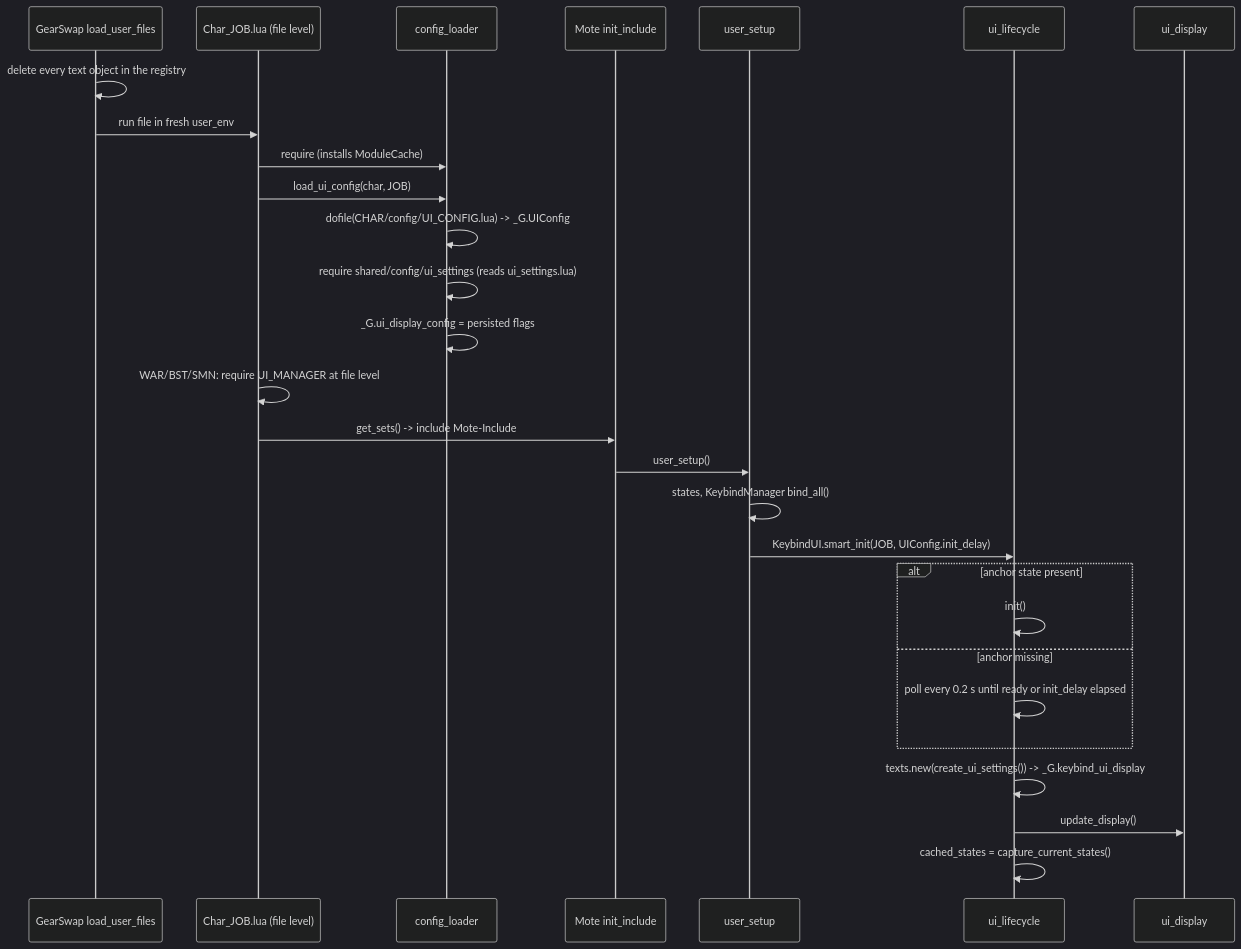
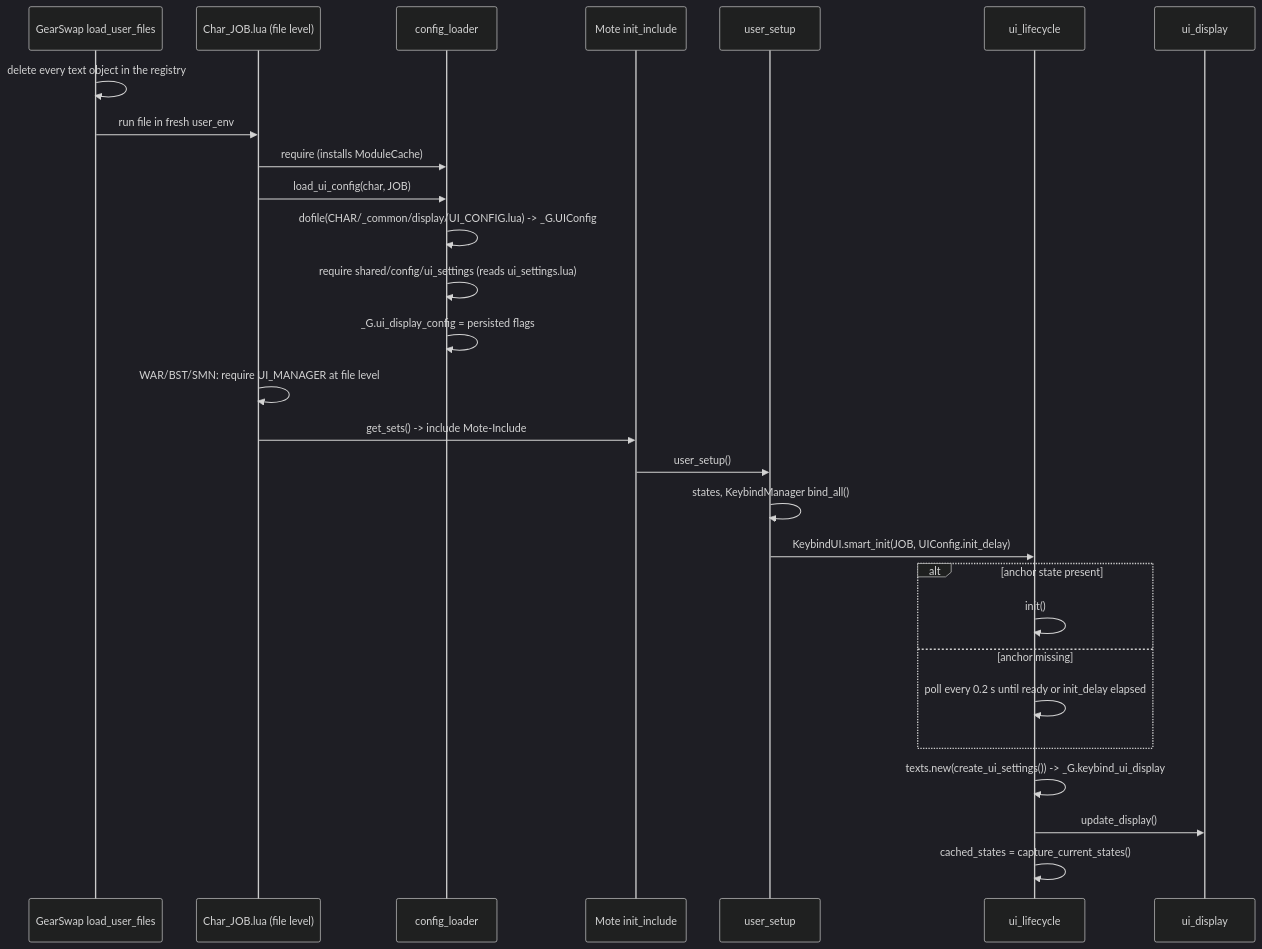
One commit to ejouanchicot/Gearswap changed the first of 5 diagrams in docs/dev/systems/ui-overlay.md. Above: the diagram before and after it, drawn with Mermaid (dark theme). The commit also changed other lines of this file and 83 other files, not shown here.

````diff
--- a/docs/dev/systems/ui-overlay.md
+++ b/docs/dev/systems/ui-overlay.md
@@ -67,30 +67,30 @@
 ```mermaid
 sequenceDiagram
     participant GS as GearSwap load_user_files
     participant Entry as Char_JOB.lua (file level)
     participant CL as config_loader
     participant Mote as Mote init_include
     participant US as user_setup
     participant LC as ui_lifecycle
     participant D as ui_display
     GS->>GS: delete every text object in the registry
     GS->>Entry: run file in fresh user_env
     Entry->>CL: require (installs ModuleCache)
     Entry->>CL: load_ui_config(char, JOB)
-    CL->>CL: dofile(CHAR/config/UI_CONFIG.lua) -> _G.UIConfig
+    CL->>CL: dofile(CHAR/_common/display/UI_CONFIG.lua) -> _G.UIConfig
     CL->>CL: require shared/config/ui_settings (reads ui_settings.lua)
     CL->>CL: _G.ui_display_config = persisted flags
     Entry->>Entry: WAR/BST/SMN: require UI_MANAGER at file level
     Entry->>Mote: get_sets() -> include Mote-Include
     Mote->>US: user_setup()
     US->>US: states, KeybindManager bind_all()
     US->>LC: KeybindUI.smart_init(JOB, UIConfig.init_delay)
     alt anchor state present
         LC->>LC: init()
     else anchor missing
         LC->>LC: poll every 0.2 s until ready or init_delay elapsed
     end
     LC->>LC: texts.new(create_ui_settings()) -> _G.keybind_ui_display
     LC->>D: update_display()
     LC->>LC: cached_states = capture_current_states()
 ```
````
